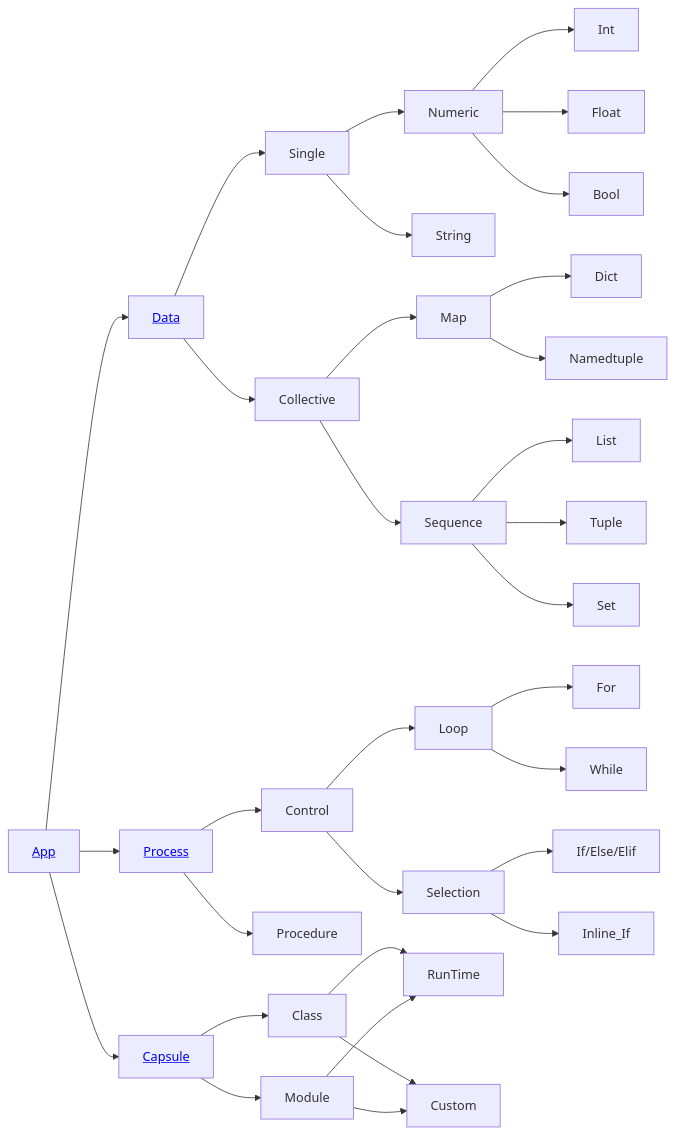
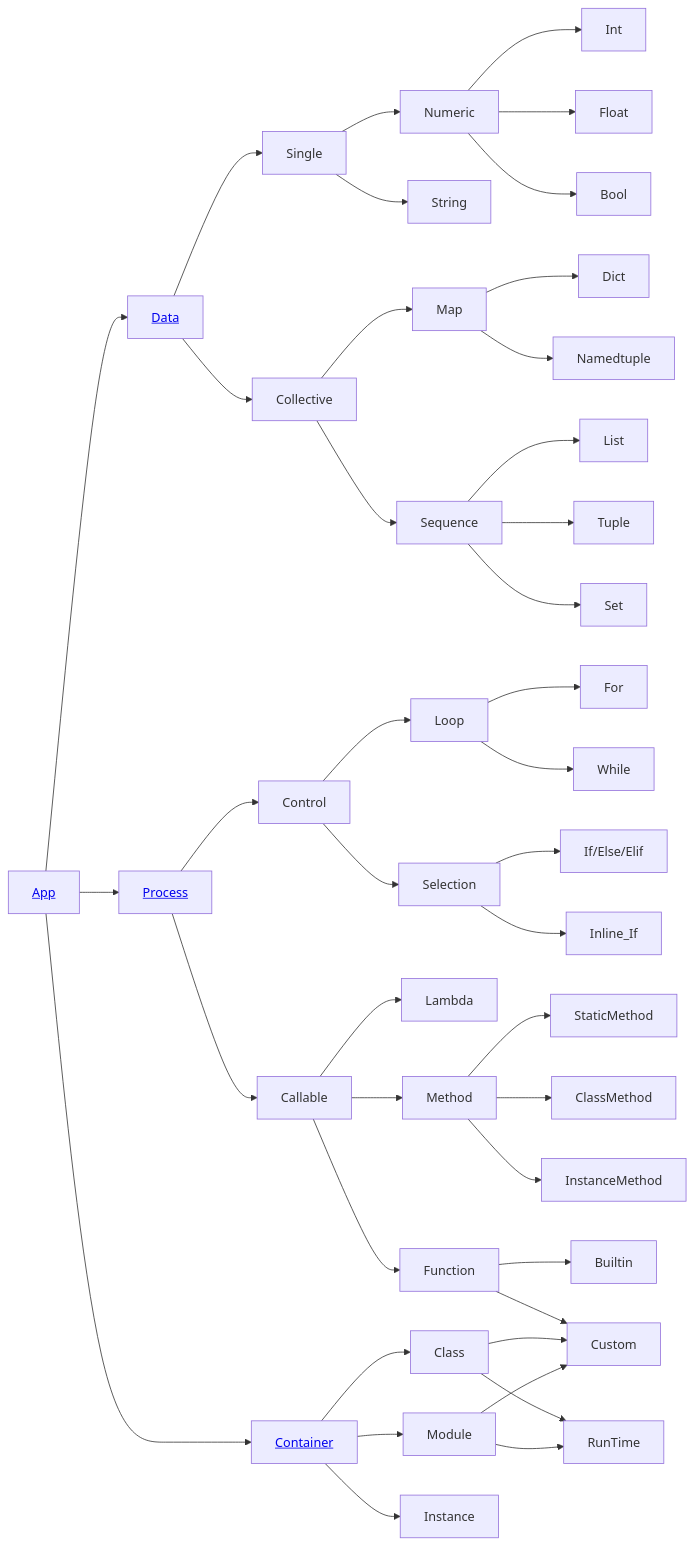
The diagram in map.md (SuPyPerson/SuPyPerson.github.io), drawn with Mermaid before and after one commit. The commit also changed other lines of this file and 2 other files, not shown here.

Commit message:
New types on the map, c/p is now container

````diff
--- a/map.md
+++ b/map.md
@@ -4,38 +4,47 @@
 ```mermaid
 graph LR
     Data[<a href='index.html#data_content'>Data</a>]
     App[<a href='index.html#README'>App</a>]
     Process[<a href='index.html#info_process'>Process</a>]
-    Content/Proc[<a href='index.html#content_process'>Capsule</a>]
+    Content/Proc[<a href='index.html#content_process'>Container</a>]
     App --> Data
     App --> Process
     App --> Content/Proc
     Data --> Single
     Data --> Collective
     Single --> Numeric
     Single --> String
     Numeric --> Int
     Numeric --> Float
     Numeric --> Bool
     Collective --> Map
     Map --> Dict
     Map --> Namedtuple
     Collective --> Sequence
     Sequence --> List
     Sequence --> Tuple
     Sequence --> Set
     Process --> Control
-    Process --> Procedure
+    Process --> Callable
     Control --> Loop
     Control --> Selection
     Loop --> For
     Loop --> While
     Selection --> If/Else/Elif
     Selection --> Inline_If
+    Callable --> Lambda
+    Callable --> Method
+    Callable --> Function
+    Method --> StaticMethod
+    Method --> ClassMethod
+    Method --> InstanceMethod
+    Function --> Builtin
+    Function --> Custom
     Content/Proc --> Class
     Content/Proc --> Module
+    Content/Proc --> Instance
     Class --> RunTime
     Class --> Custom
     Module --> RunTime
     Module --> Custom
 ```
````
